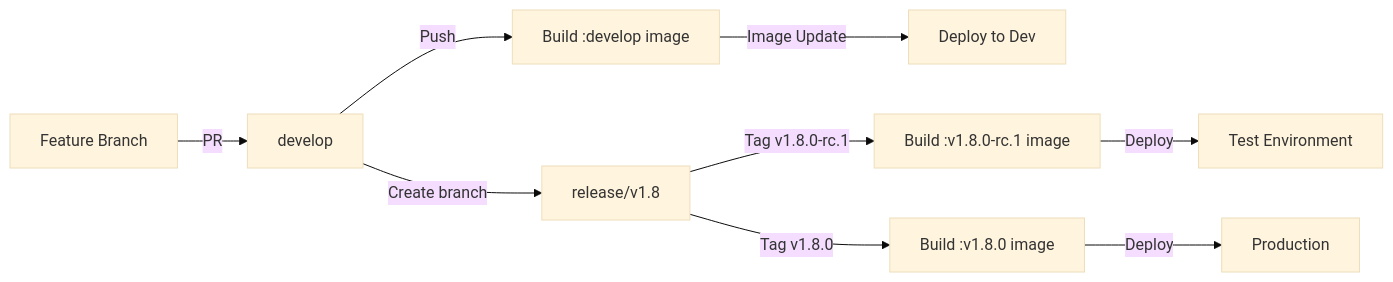
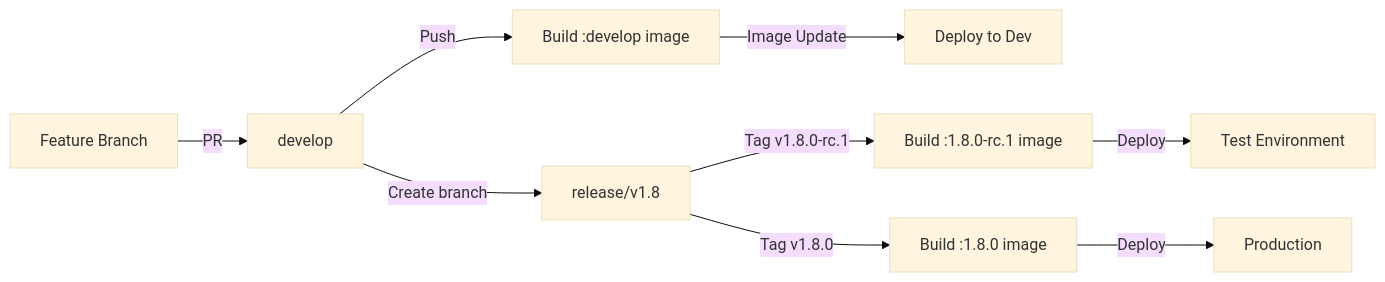
Before and after one commit to eneo-ai/eneo: the first of 2 diagrams in docs/DEPLOYMENT_WORKFLOW.md, drawn with Mermaid (base theme). The commit also changed other lines of this file, not shown here.

First line of the commit message:
docs: describe published image tags, forward-only aliases and recovery

````diff
--- a/docs/DEPLOYMENT_WORKFLOW.md
+++ b/docs/DEPLOYMENT_WORKFLOW.md
@@ -25,11 +25,11 @@
 ```mermaid
 graph LR
     A[Feature Branch] -->|PR| B[develop]
     B -->|Push| C[Build :develop image]
     C -->|Image Update| D[Deploy to Dev]
     B -->|Create branch| E[release/v1.8]
-    E -->|Tag v1.8.0-rc.1| F[Build :v1.8.0-rc.1 image]
+    E -->|Tag v1.8.0-rc.1| F[Build :1.8.0-rc.1 image]
     F -->|Deploy| G[Test Environment]
-    E -->|Tag v1.8.0| H[Build :v1.8.0 image]
+    E -->|Tag v1.8.0| H[Build :1.8.0 image]
     H -->|Deploy| I[Production]
 ```
````
